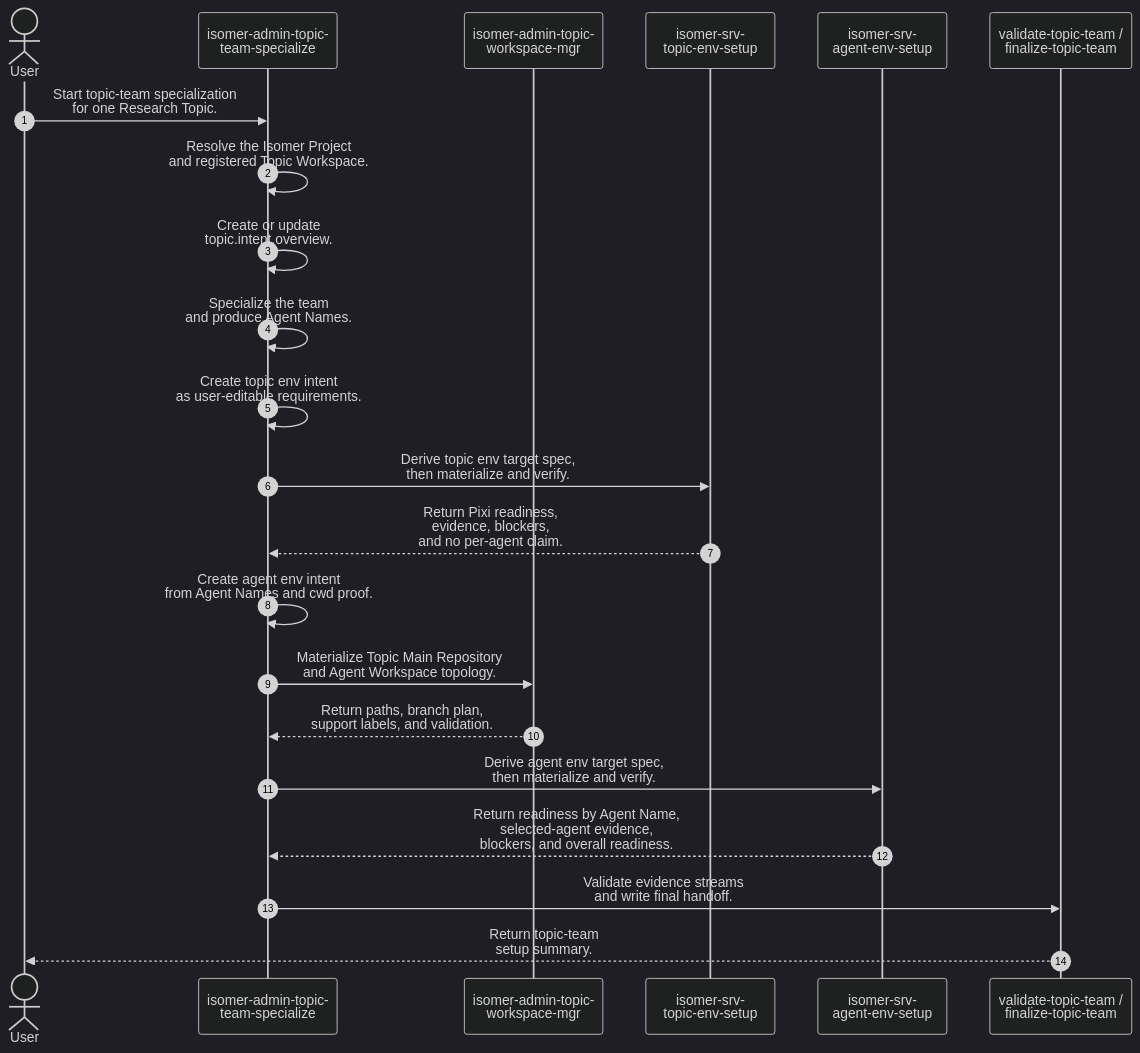
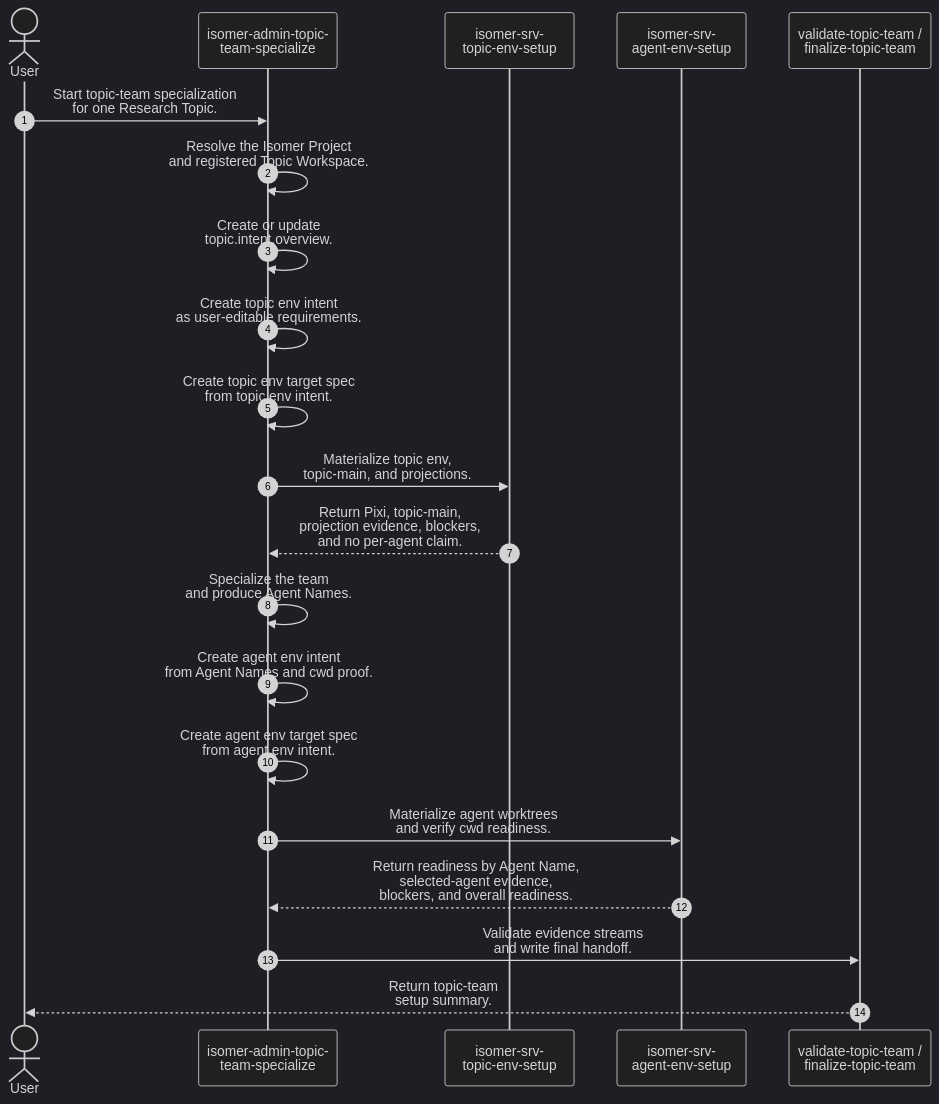
Before and after one commit to CodeGandee/isomer-labs: the first of 2 diagrams in context/design/skill-process/team-specialization.md, drawn with Mermaid (dark theme). The commit also changed other lines of this file and 79 other files, not shown here.

Commit message:
feat: revise topic main workspace design

````diff
--- a/context/design/skill-process/team-specialization.md
+++ b/context/design/skill-process/team-specialization.md
@@ -30,25 +31,24 @@
 ```mermaid
 sequenceDiagram
     autonumber
     actor U as User
     participant T as isomer-admin-topic-<br/>team-specialize
-    participant W as isomer-admin-topic-<br/>workspace-mgr
     participant TE as isomer-srv-<br/>topic-env-setup
     participant AE as isomer-srv-<br/>agent-env-setup
     participant F as validate-topic-team /<br/>finalize-topic-team
 
     U->>T: Start topic-team specialization<br/>for one Research Topic.
     T->>T: Resolve the Isomer Project<br/>and registered Topic Workspace.
     T->>T: Create or update<br/>topic.intent.overview.
+    T->>T: Create topic env intent<br/>as user-editable requirements.
+    T->>T: Create topic env target spec<br/>from topic env intent.
+    T->>TE: Materialize topic env,<br/>topic-main, and projections.
+    TE-->>T: Return Pixi, topic-main,<br/>projection evidence, blockers,<br/>and no per-agent claim.
     T->>T: Specialize the team<br/>and produce Agent Names.
-    T->>T: Create topic env intent<br/>as user-editable requirements.
-    T->>TE: Derive topic env target spec,<br/>then materialize and verify.
-    TE-->>T: Return Pixi readiness,<br/>evidence, blockers,<br/>and no per-agent claim.
     T->>T: Create agent env intent<br/>from Agent Names and cwd proof.
-    T->>W: Materialize Topic Main Repository<br/>and Agent Workspace topology.
-    W-->>T: Return paths, branch plan,<br/>support labels, and validation.
-    T->>AE: Derive agent env target spec,<br/>then materialize and verify.
+    T->>T: Create agent env target spec<br/>from agent env intent.
+    T->>AE: Materialize agent worktrees<br/>and verify cwd readiness.
     AE-->>T: Return readiness by Agent Name,<br/>selected-agent evidence,<br/>blockers, and overall readiness.
     T->>F: Validate evidence streams<br/>and write final handoff.
     F-->>U: Return topic-team<br/>setup summary.
 ```
````
